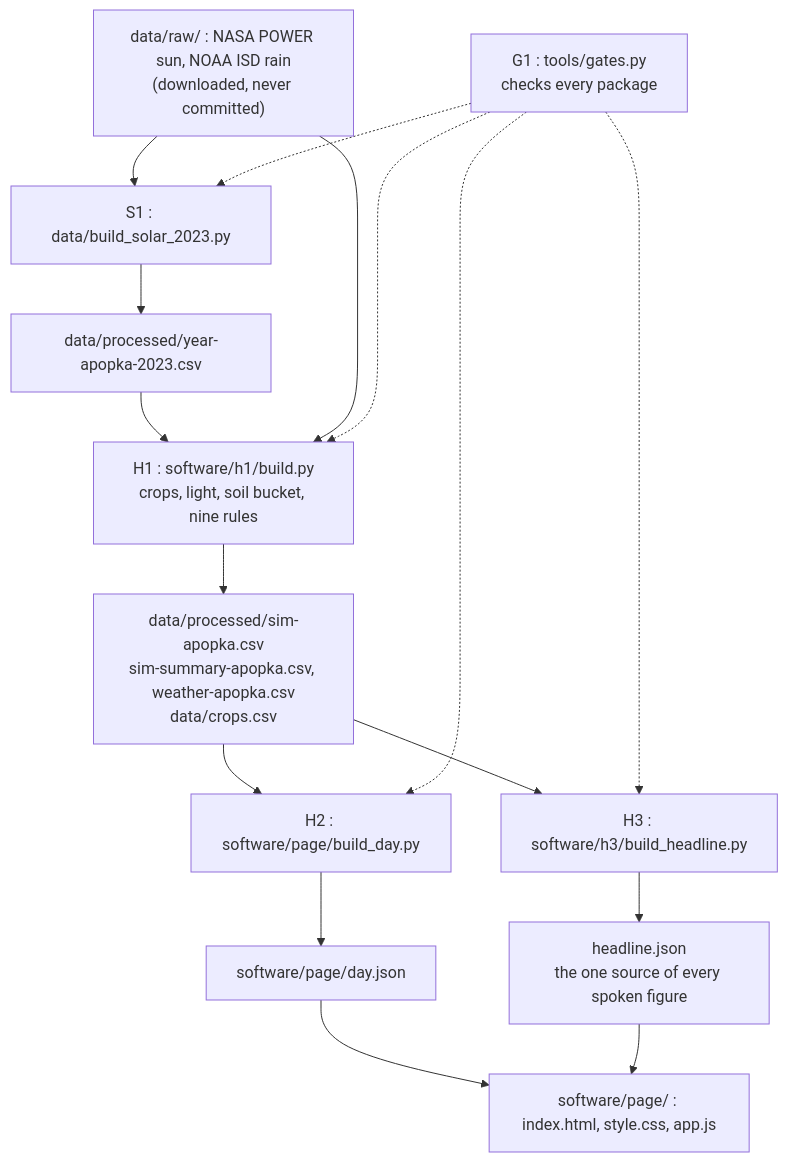
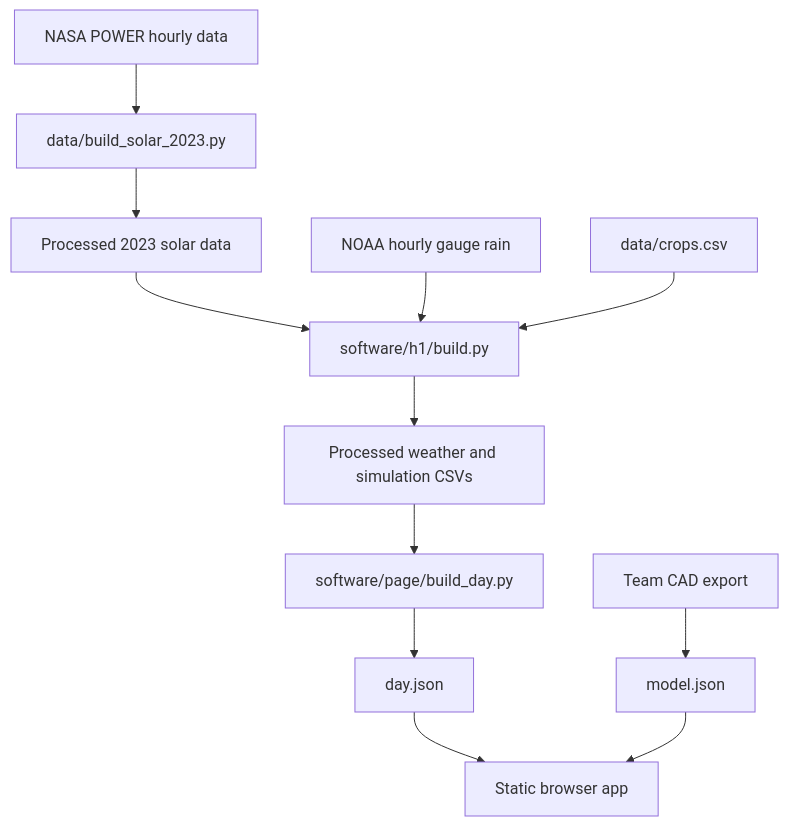
One commit to andomo3/flecto-shade changed the diagram in README.md. Above: the diagram before and after it, drawn with Mermaid. The commit also changed other lines of this file and 1 other file, not shown here.

````diff
--- a/README.md
+++ b/README.md
@@ -105,23 +52,14 @@
 ```mermaid
 flowchart TD
-    raw["data/raw/ : NASA POWER sun, NOAA ISD rain<br/>(downloaded, never committed)"]
-    s1["S1 : data/build_solar_2023.py"]
-    year["data/processed/year-apopka-2023.csv"]
-    h1["H1 : software/h1/build.py<br/>crops, light, soil bucket, nine rules"]
-    sim["data/processed/sim-apopka.csv<br/>sim-summary-apopka.csv, weather-apopka.csv<br/>data/crops.csv"]
-    h2["H2 : software/page/build_day.py"]
-    day["software/page/day.json"]
-    h3["H3 : software/h3/build_headline.py"]
-    head["headline.json<br/>the one source of every spoken figure"]
-    page["software/page/ : index.html, style.css, app.js"]
-    g1["G1 : tools/gates.py<br/>checks every package"]
-
-    raw --> s1 --> year --> h1 --> sim
-    raw --> h1
-    sim --> h2 --> day --> page
-    sim --> h3 --> head --> page
-    g1 -.-> s1
-    g1 -.-> h1
-    g1 -.-> h2
-    g1 -.-> h3
+    nasa["NASA POWER hourly data"] --> solar["data/build_solar_2023.py"]
+    solar --> year["Processed 2023 solar data"]
+    year --> sim["software/h1/build.py"]
+    noaa["NOAA hourly gauge rain"] --> sim
+    crops["data/crops.csv"] --> sim
+    sim --> tables["Processed weather and simulation CSVs"]
+    tables --> day["software/page/build_day.py"]
+    day --> json["day.json"]
+    cad["Team CAD export"] --> model["model.json"]
+    json --> page["Static browser app"]
+    model --> page
 ```
````
